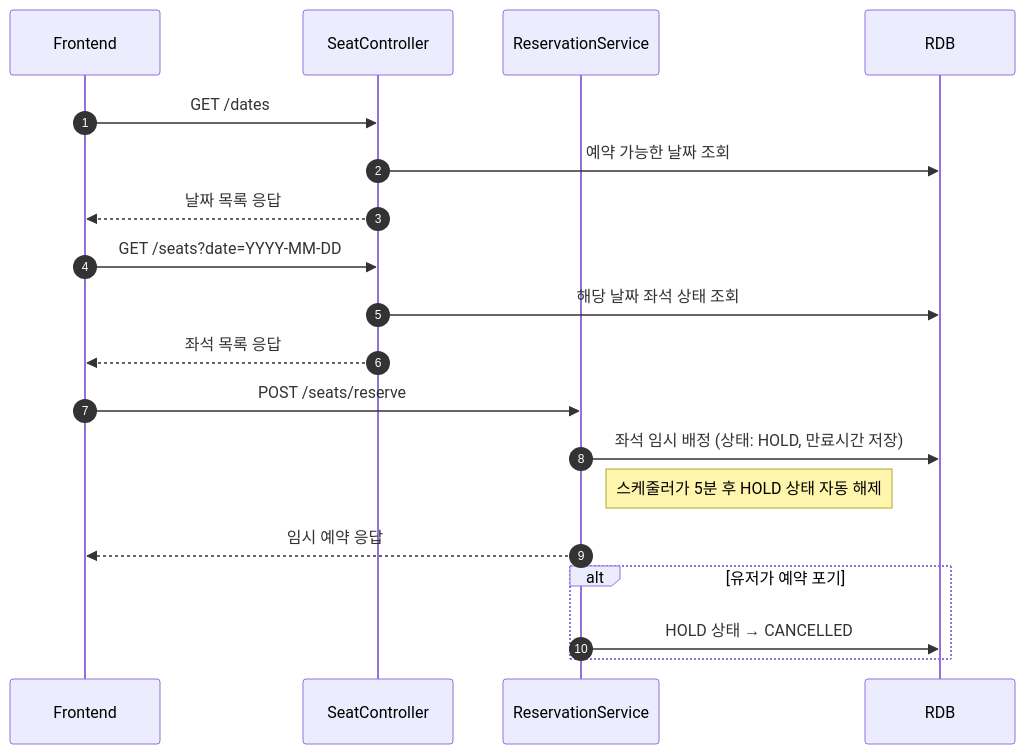
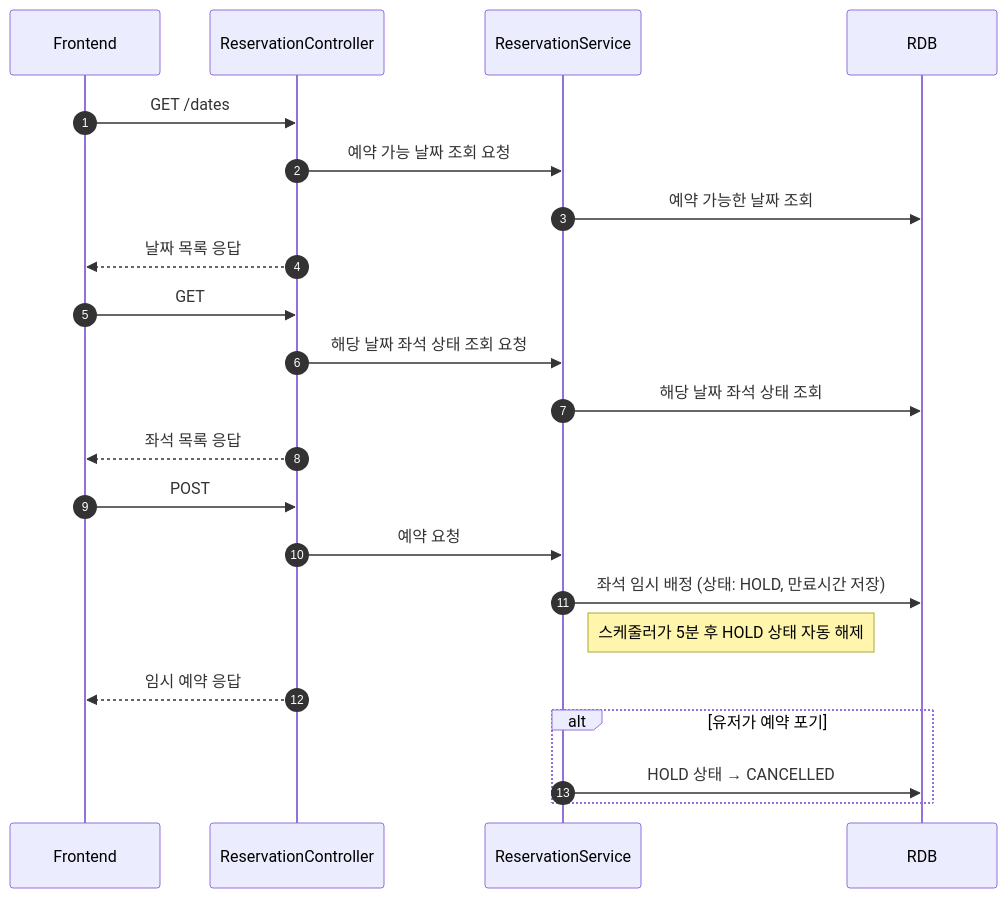
One commit to crispindeity/hhplus-server-jvm changed the third of 6 diagrams in README.md. Above: the diagram before and after it, drawn with Mermaid. The commit also changed other lines of this file and 10 other files, not shown here.

````diff
--- a/README.md
+++ b/README.md
@@ -163,22 +163,25 @@
 ```mermaid
 sequenceDiagram
     autonumber
     participant FE as Frontend
-    participant SeatAPI as SeatController
+    participant SeatAPI as ReservationController
     participant ReserveService as ReservationService
     participant DB as RDB
     FE ->> SeatAPI: GET /dates
-    SeatAPI ->> DB: 예약 가능한 날짜 조회
+    SeatAPI ->> ReserveService: 예약 가능 날짜 조회 요청
+    ReserveService ->> DB: 예약 가능한 날짜 조회
     SeatAPI -->> FE: 날짜 목록 응답
-    FE ->> SeatAPI: GET /seats?date=YYYY-MM-DD
-    SeatAPI ->> DB: 해당 날짜 좌석 상태 조회
+    FE ->> SeatAPI: GET
+    SeatAPI ->> ReserveService: 해당 날짜 좌석 상태 조회 요청 
+    ReserveService ->> DB: 해당 날짜 좌석 상태 조회
     SeatAPI -->> FE: 좌석 목록 응답
-    FE ->> ReserveService: POST /seats/reserve
+    FE ->> SeatAPI: POST
+    SeatAPI ->> ReserveService: 예약 요청
     ReserveService ->> DB: 좌석 임시 배정 (상태: HOLD, 만료시간 저장)
     Note right of ReserveService: 스케줄러가 5분 후 HOLD 상태 자동 해제
-    ReserveService -->> FE: 임시 예약 응답
+    SeatAPI -->> FE: 임시 예약 응답
 
     alt 유저가 예약 포기
         ReserveService ->> DB: HOLD 상태 → CANCELLED
     end
 ```
````
